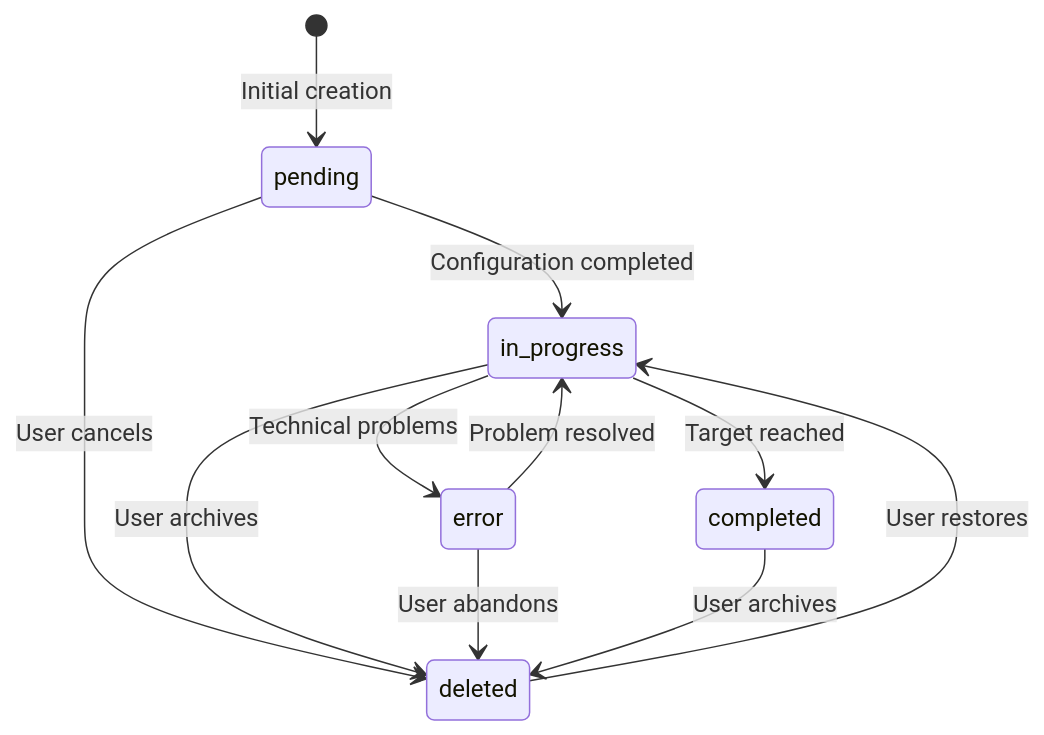
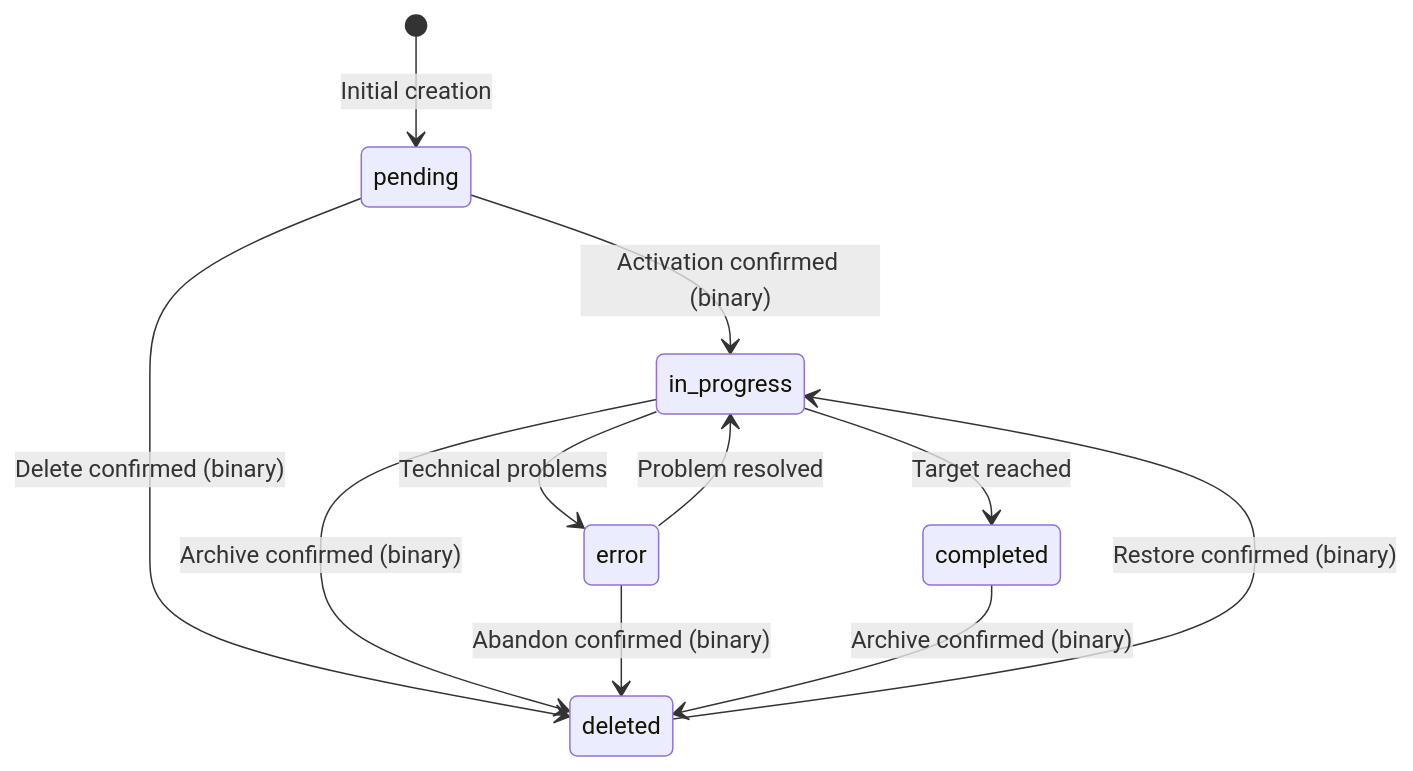
One commit to carrizojuancruz/ai changed the diagram in docs/features-and-prompts/artifacts/goals/goals.md. Above: the diagram before and after it, drawn with Mermaid. The commit also changed other lines of this file, not shown here.

````diff
--- a/docs/features-and-prompts/artifacts/goals/goals.md
+++ b/docs/features-and-prompts/artifacts/goals/goals.md
@@ -377,13 +379,13 @@
 ```mermaid
 stateDiagram-v2
     [*] --> pending : Initial creation
-    pending --> in_progress : Configuration completed
-    pending --> deleted : User cancels
+    pending --> in_progress : Activation confirmed (binary)
+    pending --> deleted : Delete confirmed (binary)
     in_progress --> completed : Target reached
     in_progress --> error : Technical problems
-    in_progress --> deleted : User archives
+    in_progress --> deleted : Archive confirmed (binary)
     error --> in_progress : Problem resolved
-    error --> deleted : User abandons
-    completed --> deleted : User archives
-    deleted --> in_progress : User restores
+    error --> deleted : Abandon confirmed (binary)
+    completed --> deleted : Archive confirmed (binary)
+    deleted --> in_progress : Restore confirmed (binary)
 ```
````
